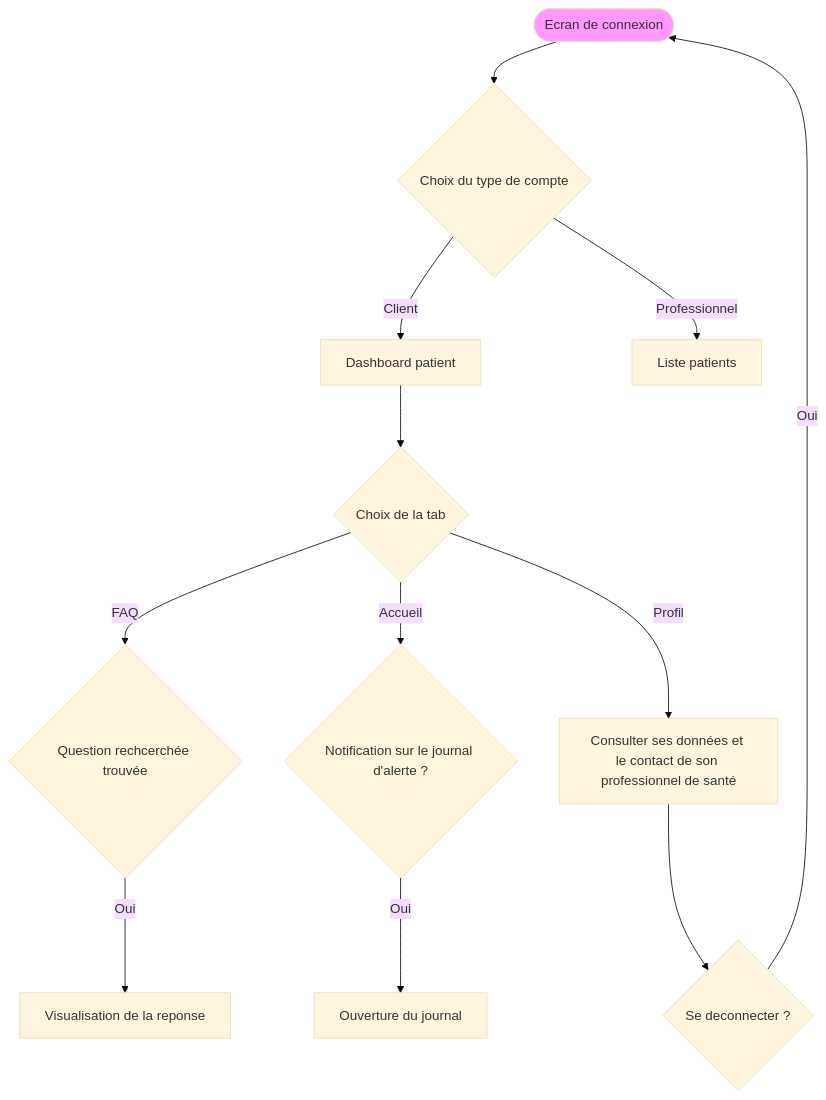
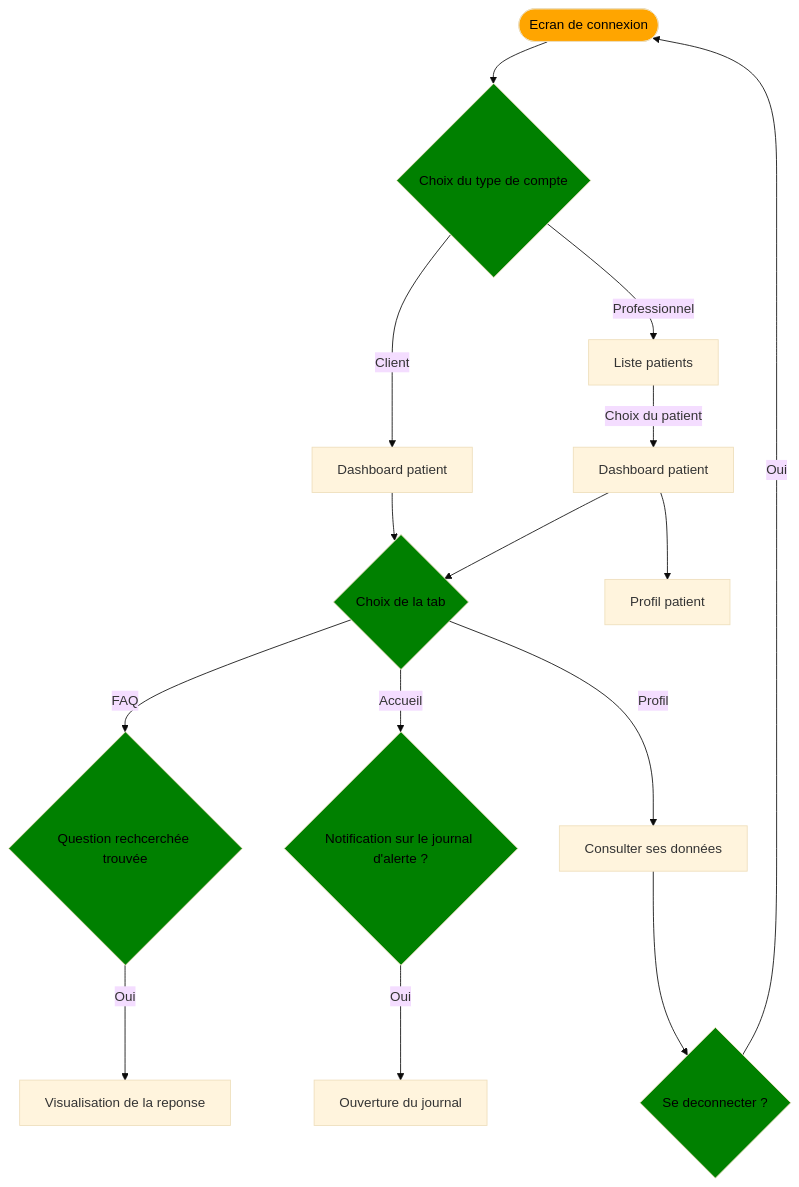
Before and after one commit to MTI-STEP/pfee-specs: the diagram in docs/03-ux-ui/parcours-ux.md, drawn with Mermaid (base theme).

Commit message:
Colors on Parcours UX
Updated the flowchart to include additional options for the professional account and modified the styling for better visibility.

````diff
--- a/docs/03-ux-ui/parcours-ux.md
+++ b/docs/03-ux-ui/parcours-ux.md
@@ -5,23 +5,36 @@
 ```mermaid
 
 flowchart TD
     A@{ shape: stadium, label: "Ecran de connexion" } --> B{Choix du type de compte}
-    style A fill:#f9f
 
     B -->|Client| C[Dashboard patient]
     B -->|Professionnel| D[Liste patients]
 
     C --> G{Choix de la tab}
 
     G --> |FAQ|H{Question rechcerchée trouvée}
     G --> |Accueil|E{Notification sur le journal d'alerte ?}
-    G --> |Profil|I[Consulter ses données et le contact de son professionnel de santé]
+    G --> |Profil|I[Consulter ses données]
 
     E --> |Oui|F[Ouverture du journal]
 
     H --> |Oui|J[Visualisation de la reponse]
 
     I --> K{Se deconnecter ?}
 
     K --> |Oui|A
+
+    D --> |Choix du patient|L[Dashboard patient]
+
+    L --> M[Profil patient]
+
+    L --> G
+
+    style A fill:#ffa500, color: #000
+    style B fill:#008000, color: #000
+    style G fill:#008000, color: #000
+    style H fill:#008000, color: #000
+    style E fill:#008000, color: #000
+    style K fill:#008000, color: #000
+
 ```
````
